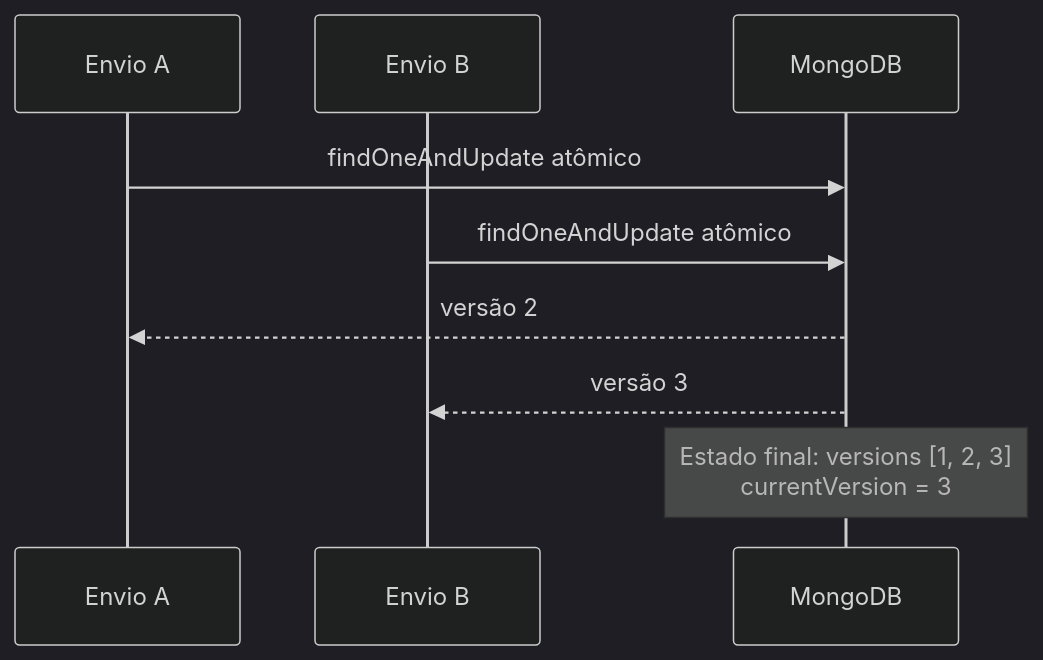
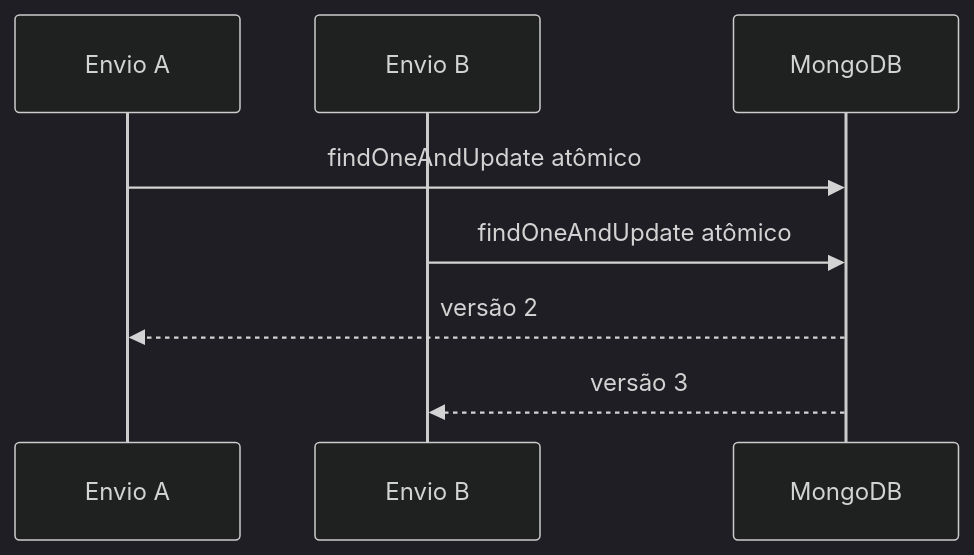
The third of 3 diagrams in README.md (this-rafael/collaborator-api), drawn with Mermaid (dark theme) before and after one commit. The commit also changed other lines of this file and 27 other files, not shown here.

Commit message:
docs: add documentation portal with OpenAPI TypeDoc and architecture explorer

````diff
--- a/README.md
+++ b/README.md
@@ -320,13 +197,10 @@
 ```mermaid
 sequenceDiagram
     participant A as Envio A
     participant B as Envio B
     participant M as MongoDB
-
     A->>M: findOneAndUpdate atômico
     B->>M: findOneAndUpdate atômico
     M-->>A: versão 2
     M-->>B: versão 3
-
-    Note over M: Estado final: versions [1, 2, 3]<br/>currentVersion = 3
 ```
````
